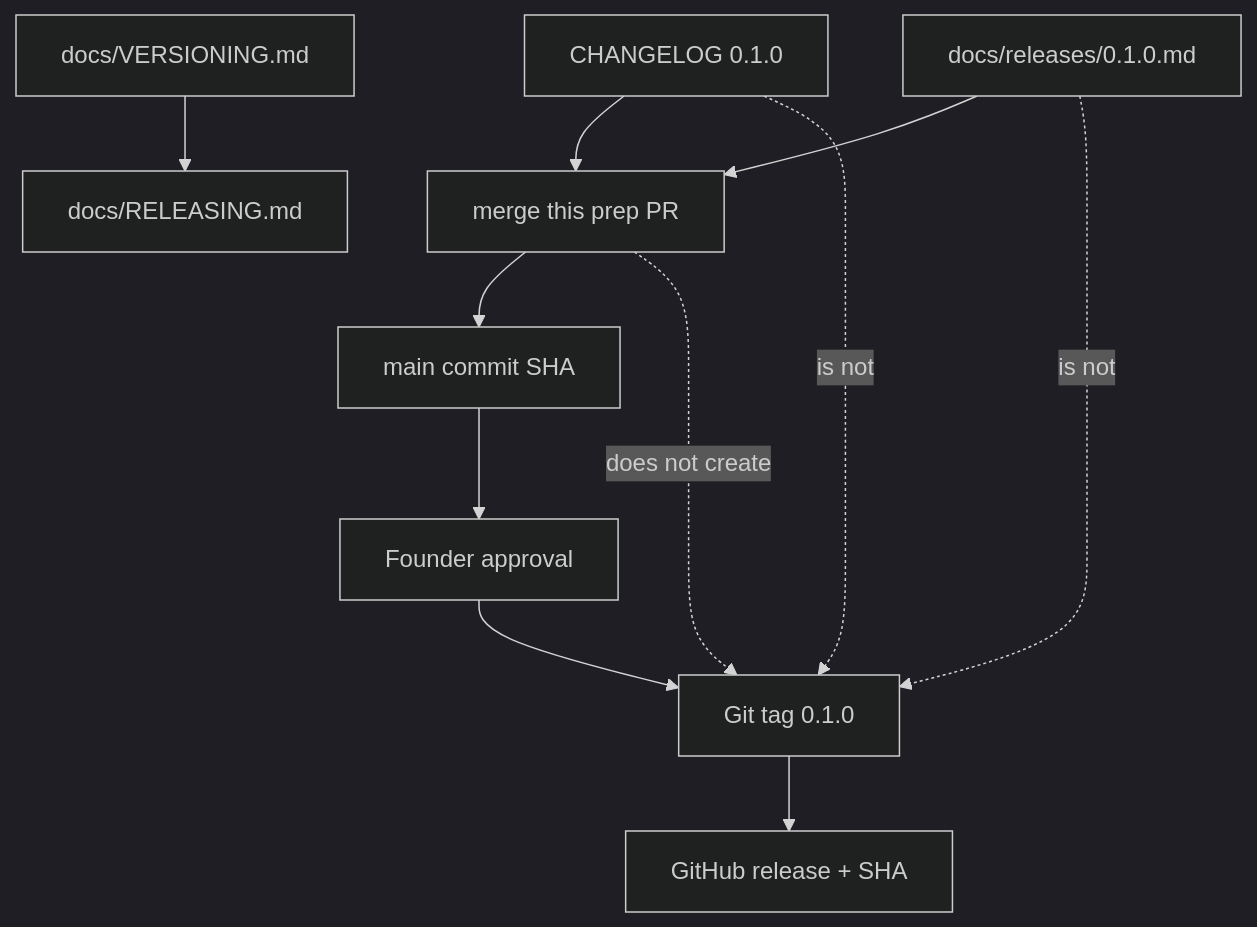
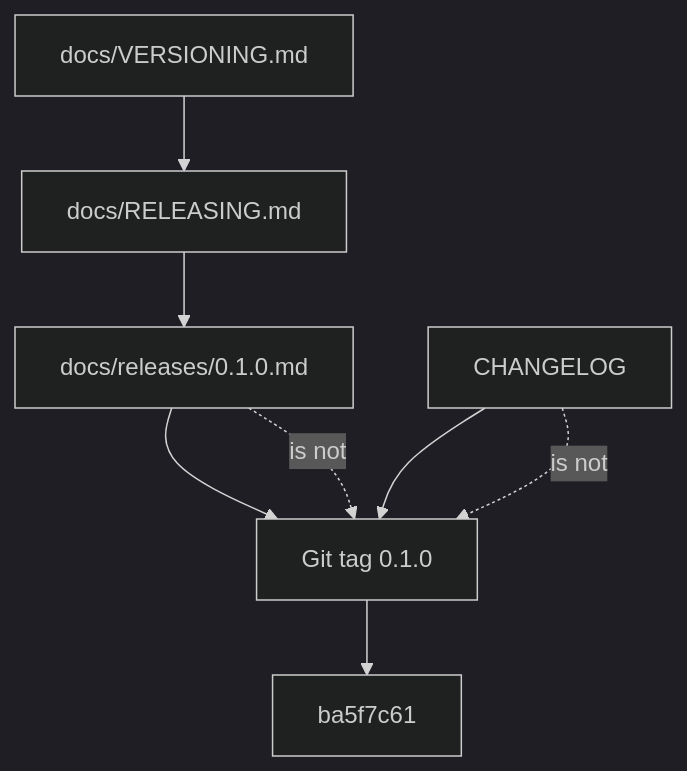
Before and after one commit to EvoCortexAI/saturn-node: the fourth of 6 diagrams in docs/ARCHITECTURE.md, drawn with Mermaid (dark theme). The commit also changed other lines of this file and 4 other files, not shown here.

````diff
--- a/docs/ARCHITECTURE.md
+++ b/docs/ARCHITECTURE.md
@@ -77,21 +77,15 @@
 ```mermaid
 flowchart TB
     Policy[docs/VERSIONING.md]
     Procedure[docs/RELEASING.md]
     Record[docs/releases/0.1.0.md]
-    Log[CHANGELOG 0.1.0]
-    Merge[merge this prep PR]
-    SHA[main commit SHA]
-    Approve[Founder approval]
+    Log[CHANGELOG]
     Tag["Git tag 0.1.0"]
-    GH[GitHub release + SHA]
+    SHA["ba5f7c61"]
 
-    Policy --> Procedure
-    Record --> Merge
-    Log --> Merge
-    Merge --> SHA --> Approve --> Tag --> GH
-
+    Policy --> Procedure --> Record --> Tag
+    Log --> Tag
+    Tag --> SHA
     Log -. is not .-> Tag
     Record -. is not .-> Tag
-    Merge -. does not create .-> Tag
 ```
````
